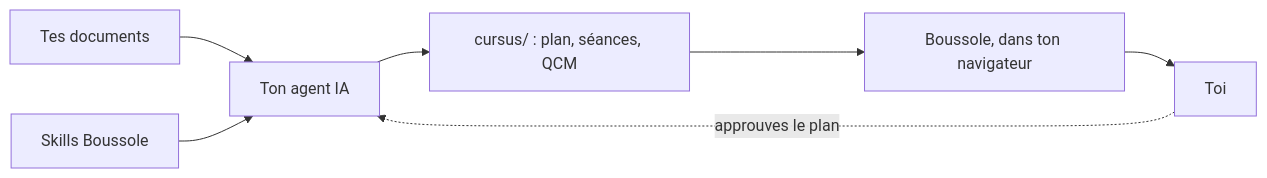
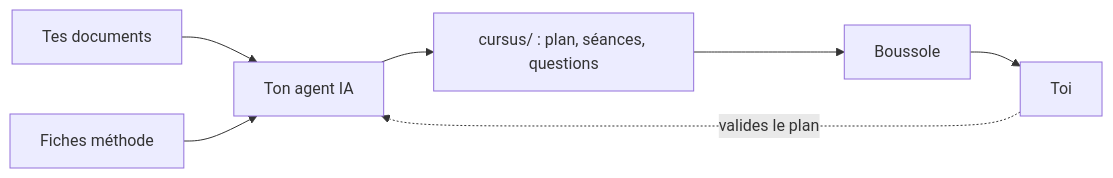
Before and after one commit to lucasssoh/Boussole: the diagram in guide/fr/cursus/01-boussole/g1-ce-qu-est-boussole.md, drawn with Mermaid. The commit also changed other lines of this file and 18 other files, not shown here.

````diff
--- a/guide/fr/cursus/01-boussole/g1-ce-qu-est-boussole.md
+++ b/guide/fr/cursus/01-boussole/g1-ce-qu-est-boussole.md
@@ -55,9 +53,9 @@
 ```mermaid
 flowchart LR
   D["Tes documents"] --> A["Ton agent IA"]
-  S["Skills Boussole"] --> A
-  A --> C["cursus/ : plan, séances, QCM"]
-  C --> B["Boussole, dans ton navigateur"]
+  S["Fiches méthode"] --> A
+  A --> C["cursus/ : plan, séances, questions"]
+  C --> B["Boussole"]
   B --> T["Toi"]
-  T -. "approuves le plan" .-> A
+  T -. "valides le plan" .-> A
 ```
````
